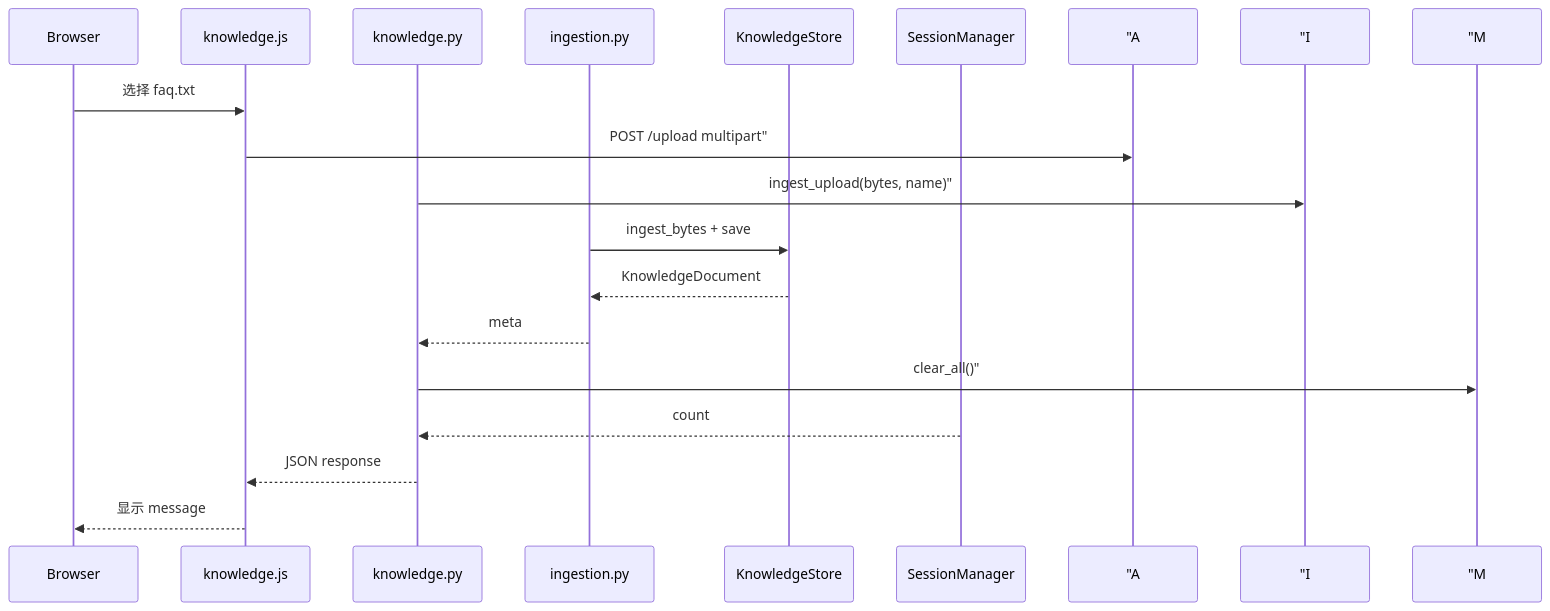
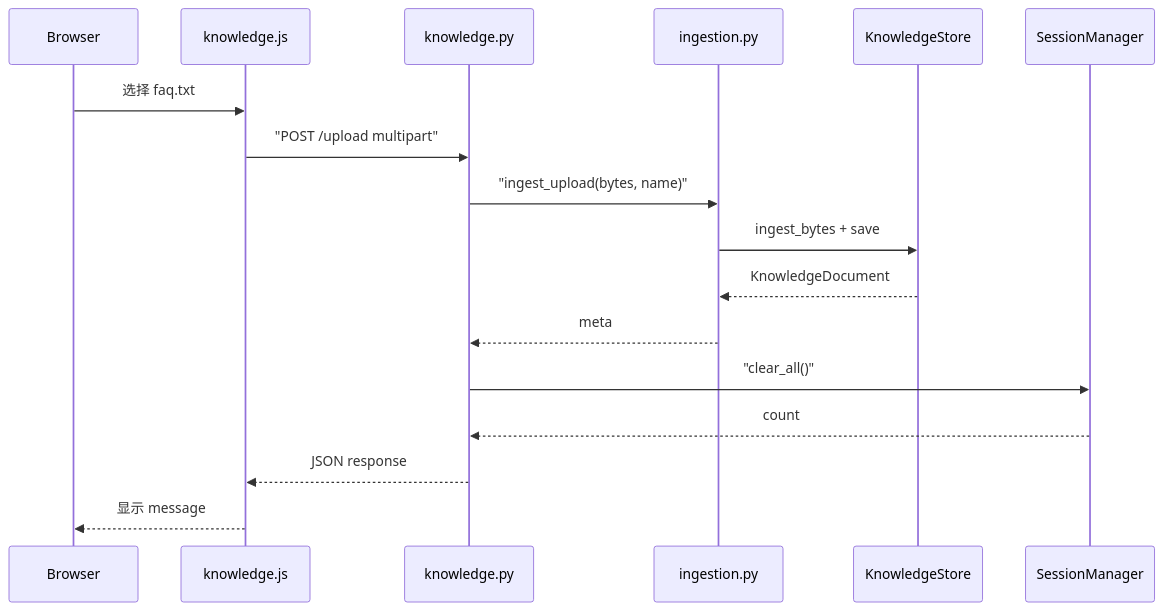
One commit to ab6539763/70_days_course_plus changed the first of 2 diagrams in course/day25/20_完整代码走查.md. Above: the diagram before and after it, drawn with Mermaid. The commit also changed other lines of this file and 80 other files, not shown here.

First line of the commit message:
fix(course): 修复 Mermaid 图表渲染报错 + 同步嵌入代码快照

````diff
--- a/course/day25/20_完整代码走查.md
+++ b/course/day25/20_完整代码走查.md
@@ -65,20 +65,20 @@
 ```mermaid
 sequenceDiagram
     participant B as Browser
     participant K as knowledge.js
     participant A as knowledge.py
     participant I as ingestion.py
     participant S as KnowledgeStore
     participant M as SessionManager
 
     B->>K: 选择 faq.txt
-    K->> "A: POST /upload multipart"
-    A->> "I: ingest_upload(bytes, name)"
+    K->>A: "POST /upload multipart"
+    A->>I: "ingest_upload(bytes, name)"
     I->>S: ingest_bytes + save
     S-->>I: KnowledgeDocument
     I-->>A: meta
-    A->> "M: clear_all()"
+    A->>M: "clear_all()"
     M-->>A: count
     A-->>K: JSON response
     K-->>B: 显示 message
 ```
````
